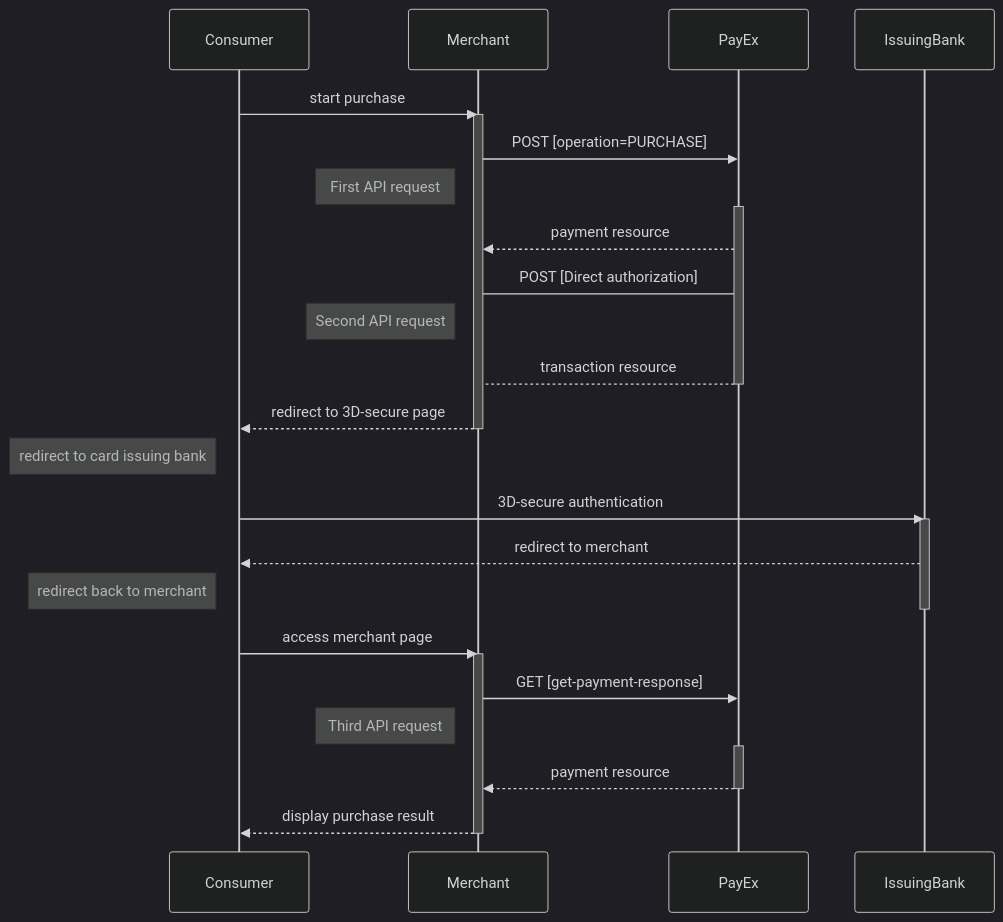
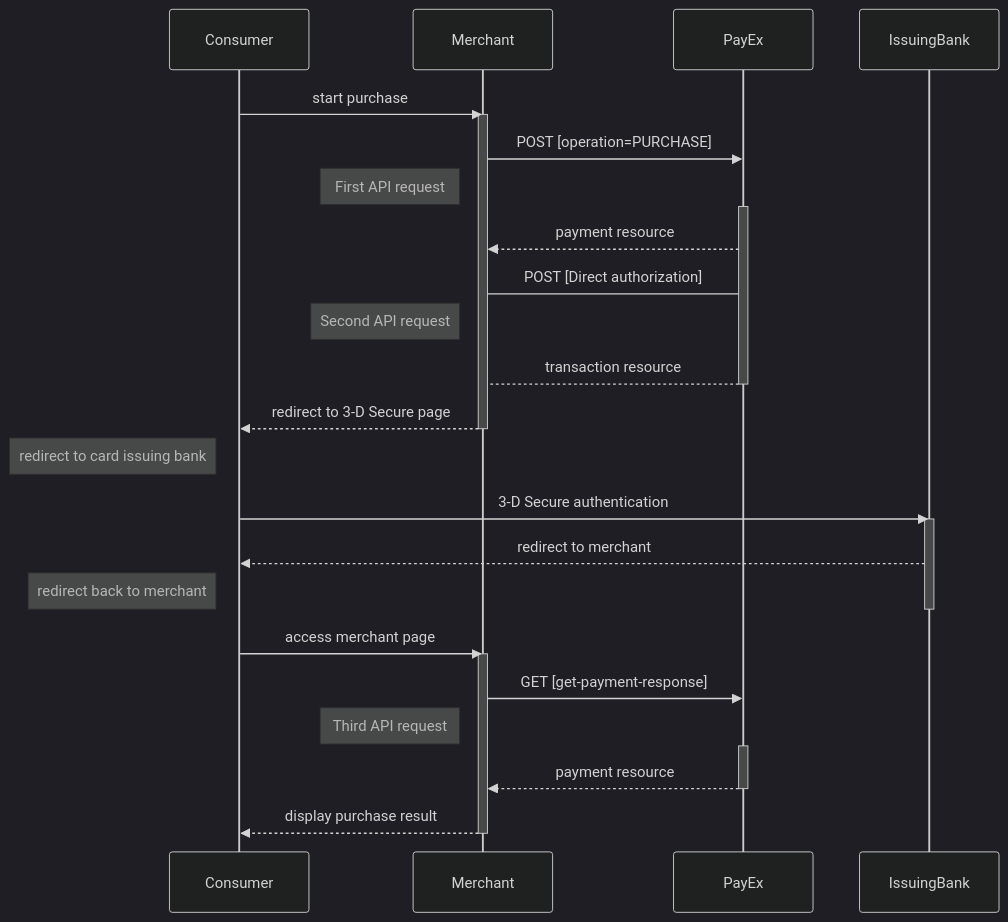
Before and after one commit to SwedbankPay/developer.swedbankpay.com: the second of 2 diagrams in payments/credit-card/direct.md, drawn with Mermaid (dark theme). The commit also changed other lines of this file and 11 other files, not shown here.

````diff
--- a/payments/credit-card/direct.md
+++ b/payments/credit-card/direct.md
@@ -128,34 +128,34 @@
 ```mermaid
 sequenceDiagram
   Consumer->>Merchant: start purchase
   activate Merchant
   Merchant->>PayEx: POST [operation=PURCHASE]
   note left of Merchant: First API request
   activate PayEx
   PayEx-->>Merchant: payment resource
 
   Merchant -> PayEx: POST [Direct authorization]
   note left of Merchant: Second API request
   PayEx --> Merchant: transaction resource
 
   deactivate PayEx
-  Merchant-->>Consumer: redirect to 3D-secure page
+  Merchant-->>Consumer: redirect to 3-D Secure page
   deactivate Merchant
-  
+
   note left of Consumer: redirect to card issuing bank
-  Consumer ->> IssuingBank: 3D-secure authentication
+  Consumer ->> IssuingBank: 3-D Secure authentication
   activate IssuingBank
   IssuingBank-->>Consumer: redirect to merchant
   note left of Consumer: redirect back to merchant
   deactivate IssuingBank
-  
+
   Consumer->>Merchant: access merchant page
   activate Merchant
   Merchant->>PayEx: GET [get-payment-response]
   note left of Merchant: Third API request
   activate PayEx
   PayEx-->>Merchant: payment resource
   deactivate PayEx
   Merchant-->>Consumer: display purchase result
   deactivate Merchant
 ```
````
